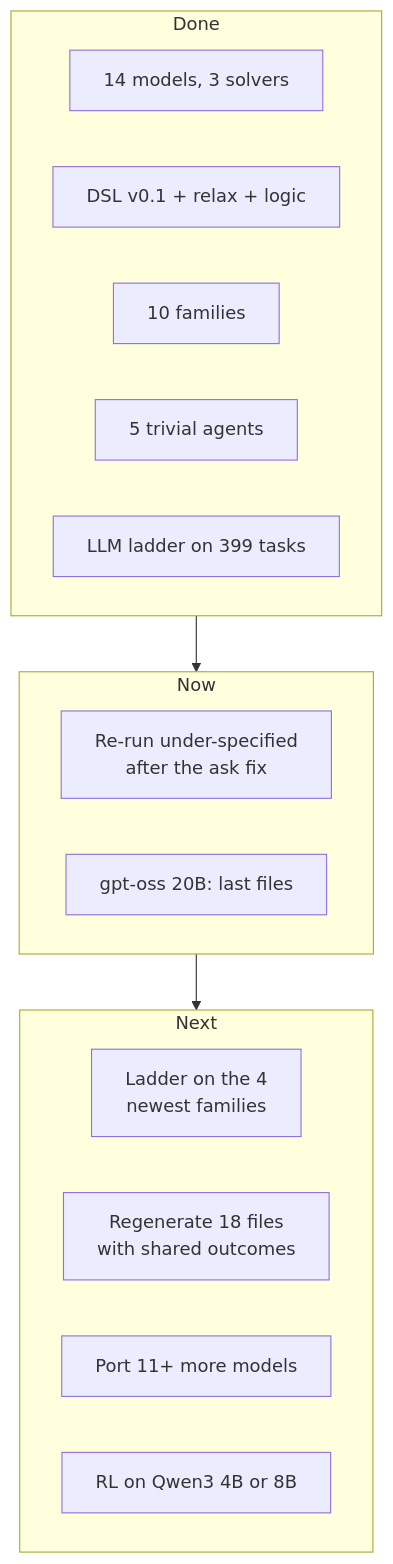
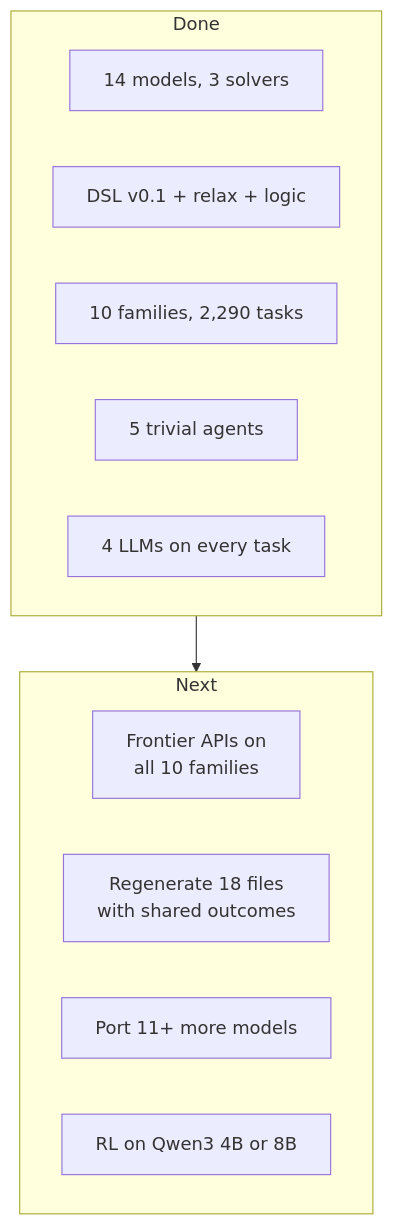
Diagram 12 of 12 in README.md (aptgetnitin/whatifgym), drawn with Mermaid before and after one commit. The commit also changed other lines of this file and 9217 other files, not shown here.

First line of the commit message:
Untrained LLM ladder on all ten families; README results

````diff
--- a/README.md
+++ b/README.md
@@ -615,24 +637,19 @@
 ```mermaid
 flowchart TB
     subgraph D["Done"]
         direction LR
         D1["14 models, 3 solvers"]
         D2["DSL v0.1 + relax + logic"]
-        D3["10 families"]
+        D3["10 families, 2,290 tasks"]
         D4["5 trivial agents"]
-        D5["LLM ladder on 399 tasks"]
-    end
-    subgraph N["Now"]
-        direction LR
-        N1["Re-run under-specified<br/>after the ask fix"]
-        N2["gpt-oss 20B: last files"]
+        D5["4 LLMs on every task"]
     end
     subgraph X["Next"]
         direction LR
-        X1["Ladder on the 4<br/>newest families"]
+        X1["Frontier APIs on<br/>all 10 families"]
         X2["Regenerate 18 files<br/>with shared outcomes"]
         X4["Port 11+ more models"]
         X5["RL on Qwen3 4B or 8B"]
     end
-    D --> N --> X
+    D --> X
 ```
````
